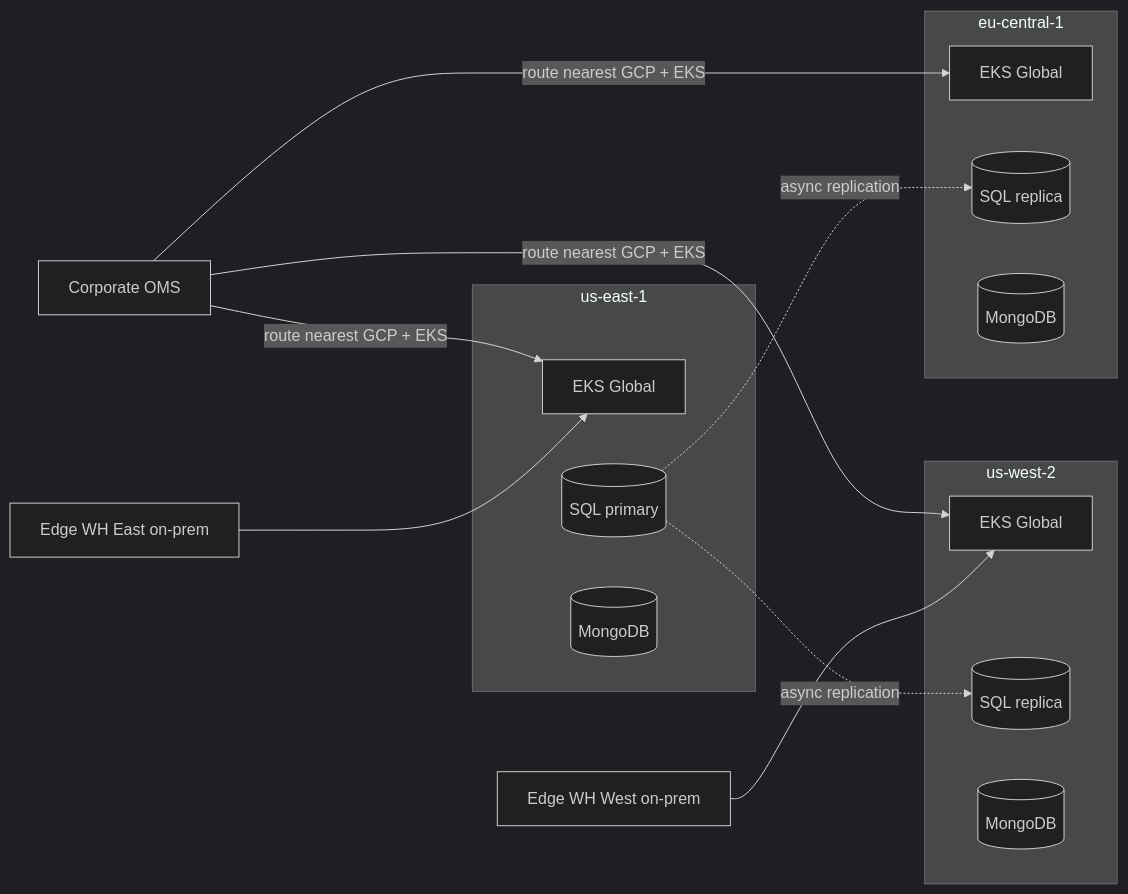
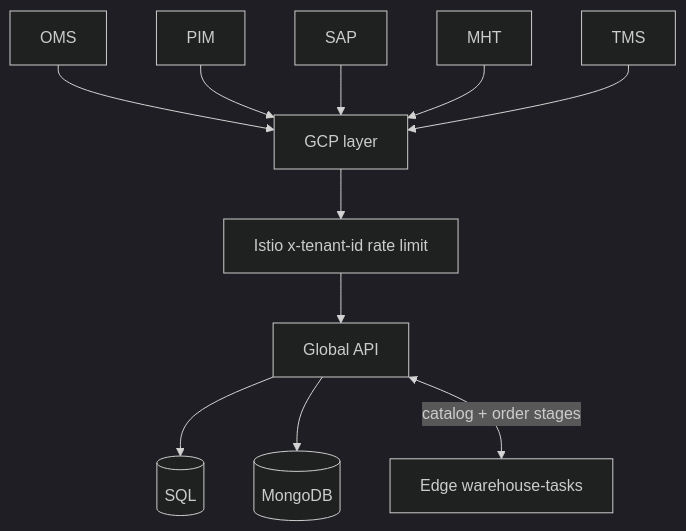
Before and after one commit to bharat2476/Integration: the third of 6 diagrams in README.md, drawn with Mermaid (dark theme). The commit also changed other lines of this file, not shown here.

````diff
--- a/README.md
+++ b/README.md
@@ -210,24 +236,8 @@
 ```mermaid
-flowchart LR
-  subgraph US_East [us-east-1]
-    EKS1[EKS Global]
-    SQL1[(SQL primary)]
-    MG1[(MongoDB)]
-  end
-  subgraph US_West [us-west-2]
-    EKS2[EKS Global]
-    SQL2[(SQL replica)]
-    MG2[(MongoDB)]
-  end
-  subgraph EU [eu-central-1]
-    EKS3[EKS Global]
-    SQL3[(SQL replica)]
-    MG3[(MongoDB)]
-  end
-
-  OMS_G[Corporate OMS] -->|route nearest GCP + EKS| EKS1 & EKS2 & EKS3
-  SQL1 -.->|async replication| SQL2 & SQL3
-
-  WH_EAST[Edge WH East on-prem] --> EKS1
-  WH_WEST[Edge WH West on-prem] --> EKS2
+flowchart TB
+  OMS & PIM & SAP & MHT & TMS --> GCP_T[GCP layer]
+  GCP_T --> GW[Istio x-tenant-id rate limit]
+  GW --> GAPI[Global API]
+  GAPI --> SQL_D[(SQL)] & MONGO_D[(MongoDB)]
+  GAPI <-->|catalog + order stages| EDGE[Edge warehouse-tasks]
 ```
````
